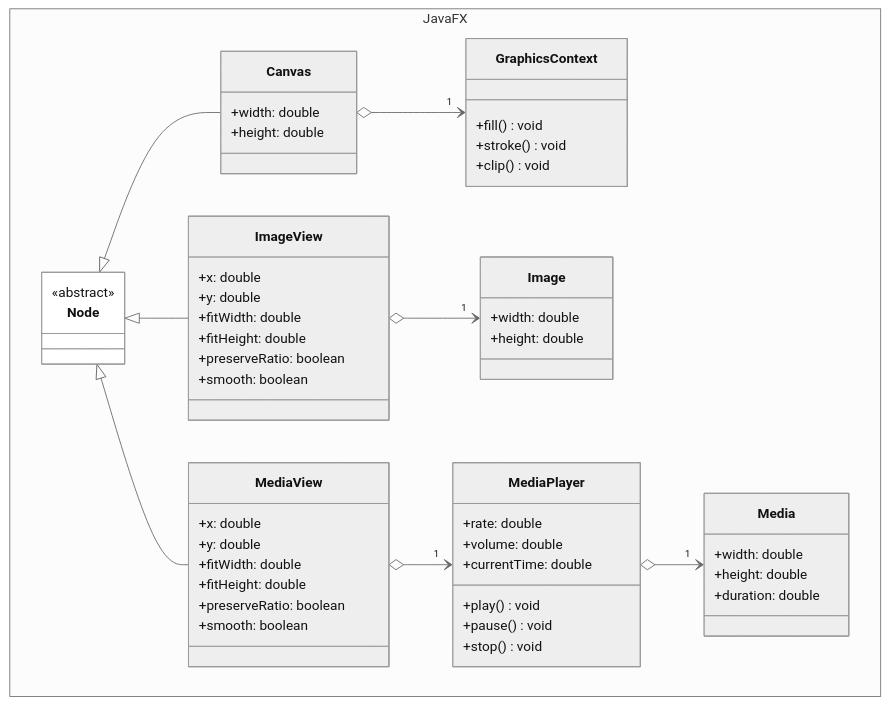
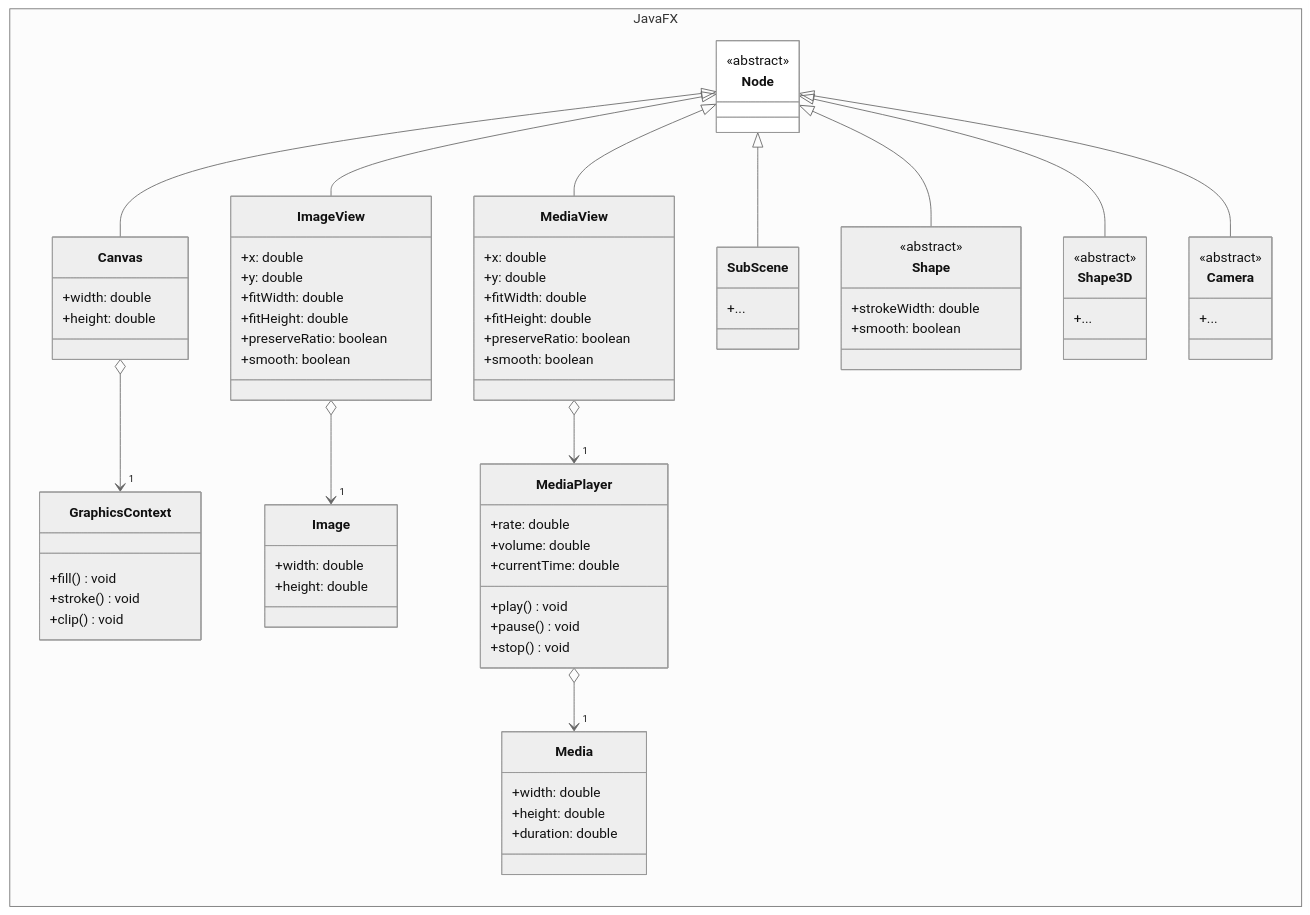
The diagram in Grafiken/JavaFX/Node.mmd (ghackenberg/kurs-java-programmierung), drawn with Mermaid (neutral theme) before and after one commit. The commit also changed 9 other files, not shown here.

```diff
--- a/Grafiken/JavaFX/Node.mmd
+++ b/Grafiken/JavaFX/Node.mmd
@@ -1,74 +1,104 @@
 classDiagram
+
+    direction LR
 
     namespace JavaFX {
         
         class Node {
             <<abstract>>
         }
 
         class ImageView {
             +x: double
             +y: double
             +fitWidth: double
             +fitHeight: double
             +preserveRatio: boolean
             +smooth: boolean
         }
 
         class MediaView {
             +x: double
             +y: double
             +fitWidth: double
             +fitHeight: double
             +preserveRatio: boolean
             +smooth: boolean
         }
 
         class Canvas {
             +width: double
             +height: double
         }
 
         class GraphicsContext {
             +fill() void
             +stroke() void
             +clip() void
         }
 
         class Image {
             +width: double
             +height: double
         }
 
         class MediaPlayer {
             +rate: double
             +volume: double
             +currentTime: double
             +play() void
             +pause() void
             +stop() void
         }
 
         class Media {
             +width: double
             +height: double
             +duration: double
         }
 
+        class SubScene {
+            +...
+        }
+
+        class Shape {
+            <<abstract>>
+            +strokeWidth: double
+            +smooth: boolean
+        }
+
+        class Shape3D {
+            <<abstract>>
+            +...
+        }
+
+        class Camera {
+            <<abstract>>
+            +...
+        }
+
     }
 
     Node <|-- ImageView
 
     Node <|-- MediaView
 
     Node <|-- Canvas
+
+    Node <|-- SubScene
+    
+    Node <|-- Shape
+
+    Node <|-- Shape3D
+
+    Node <|-- Camera
 
     Canvas o-->"1" GraphicsContext
 
     ImageView o-->"1" Image
 
     MediaView o-->"1" MediaPlayer
 
     MediaPlayer o-->"1" Media
 
     style Node fill:white
```
